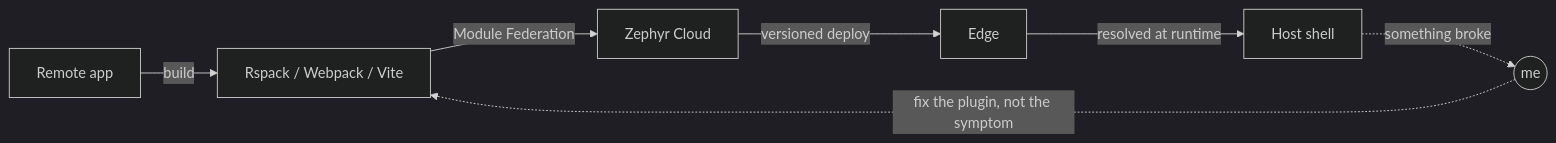
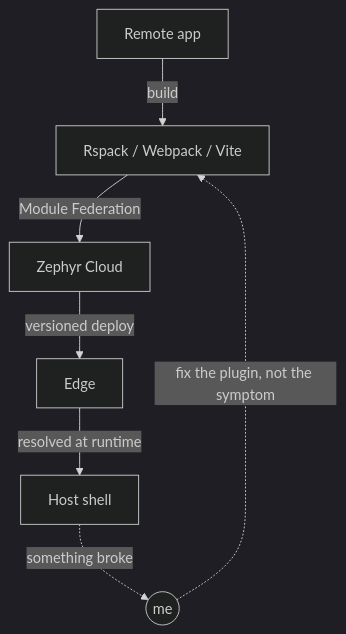
One commit to ryok90/ryok90 changed the diagram in README.md. Above: the diagram before and after it, drawn with Mermaid (dark theme).

Commit message:
Use top-down flowchart for readability

````diff
--- a/README.md
+++ b/README.md
@@ -34,9 +34,9 @@
 ```mermaid
-flowchart LR
-  A[Remote app] -->|build| B[Rspack / Webpack / Vite]
-  B -->|Module Federation| C[Zephyr Cloud]
-  C -->|versioned deploy| D[Edge]
-  D -->|resolved at runtime| E[Host shell]
-  E -.->|something broke| F((me))
-  F -.->|fix the plugin, not the symptom| B
+flowchart TD
+  A["Remote app"] -->|build| B["Rspack / Webpack / Vite"]
+  B -->|Module Federation| C["Zephyr Cloud"]
+  C -->|versioned deploy| D["Edge"]
+  D -->|resolved at runtime| E["Host shell"]
+  E -.->|"something broke"| F(("me"))
+  F -.->|"fix the plugin, not the symptom"| B
 ```
````
